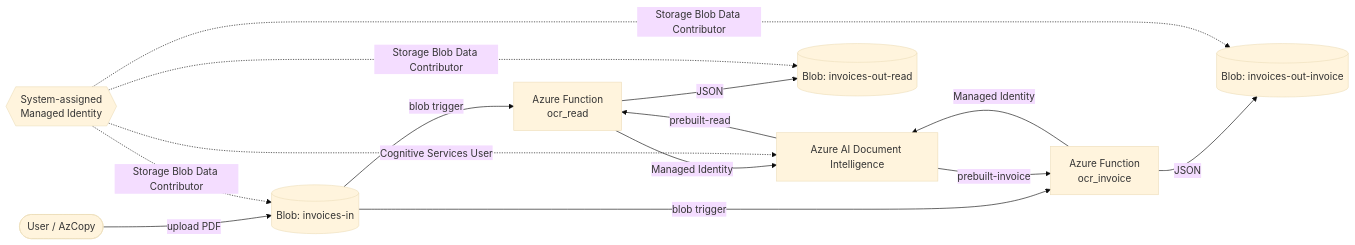
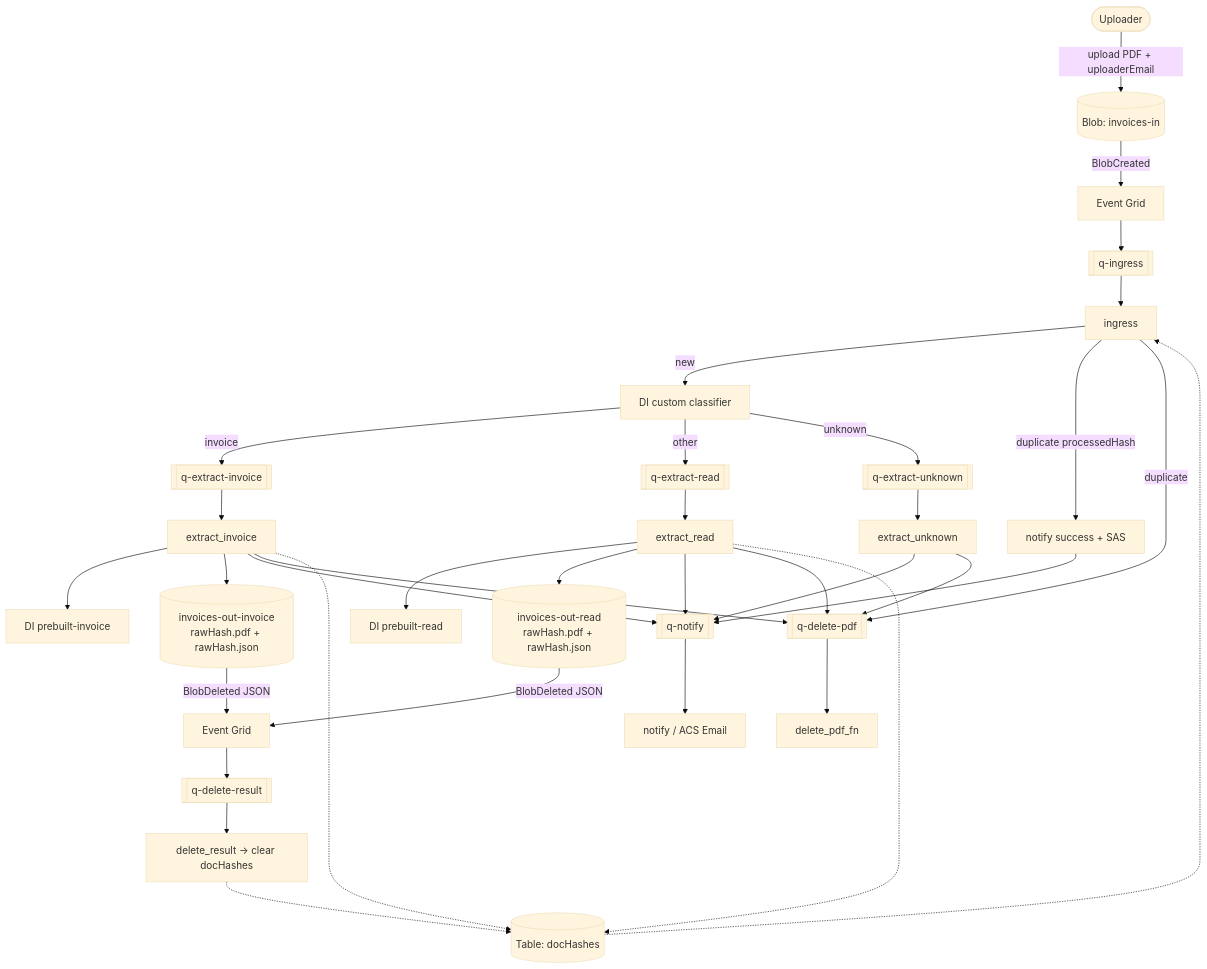
Before and after one commit to YaTut1901/rag-exercise: the diagram in README.md, drawn with Mermaid (base theme). The commit also changed other lines of this file and 28 other files, not shown here.

````diff
--- a/README.md
+++ b/README.md
@@ -16,21 +31,47 @@
 ```mermaid
-flowchart LR
-  User([User / AzCopy]) -->|upload PDF| InBlob[(Blob: invoices-in)]
+flowchart TB
+  User([Uploader]) -->|upload PDF + uploaderEmail| In[(Blob: invoices-in)]
 
-  InBlob -->|blob trigger| FRead[Azure Function<br/>ocr_read]
-  InBlob -->|blob trigger| FInv[Azure Function<br/>ocr_invoice]
+  In -->|BlobCreated| EG1[Event Grid]
+  EG1 --> Qin[[q-ingress]]
+  Qin --> Ingress[ingress]
 
-  FRead -->|Managed Identity| DI[Azure AI Document Intelligence]
-  FInv -->|Managed Identity| DI
+  Ingress -->|new| DICls[DI custom classifier]
+  Ingress -->|duplicate processedHash| NDup[notify success + SAS]
+  Ingress -->|duplicate| Qdel[[q-delete-pdf]]
 
-  DI -->|prebuilt-read| FRead
-  DI -->|prebuilt-invoice| FInv
+  DICls -->|invoice| Qinv[[q-extract-invoice]]
+  DICls -->|other| Qread[[q-extract-read]]
+  DICls -->|unknown| Qunk[[q-extract-unknown]]
 
-  FRead -->|JSON| OutRead[(Blob: invoices-out-read)]
-  FInv -->|JSON| OutInv[(Blob: invoices-out-invoice)]
+  Qinv --> ExtInv[extract_invoice]
+  Qread --> ExtRead[extract_read]
+  Qunk --> ExtUnk[extract_unknown]
 
-  MI{{System-assigned<br/>Managed Identity}} -.->|Storage Blob Data Contributor| InBlob
-  MI -.->|Storage Blob Data Contributor| OutRead
-  MI -.->|Storage Blob Data Contributor| OutInv
-  MI -.->|Cognitive Services User| DI
+  ExtInv --> DIinv[DI prebuilt-invoice]
+  ExtRead --> DIread[DI prebuilt-read]
+
+  ExtInv --> OutInv[(invoices-out-invoice<br/>rawHash.pdf + rawHash.json)]
+  ExtRead --> OutRead[(invoices-out-read<br/>rawHash.pdf + rawHash.json)]
+
+  ExtInv --> Qn[[q-notify]]
+  ExtRead --> Qn
+  ExtUnk --> Qn
+  NDup --> Qn
+  ExtInv --> Qdel
+  ExtRead --> Qdel
+  ExtUnk --> Qdel
+
+  Qn --> Notify[notify / ACS Email]
+  Qdel --> DelPdf[delete_pdf_fn]
+
+  OutInv -->|BlobDeleted JSON| EG2[Event Grid]
+  OutRead -->|BlobDeleted JSON| EG2
+  EG2 --> Qres[[q-delete-result]]
+  Qres --> DelRes[delete_result → clear docHashes]
+
+  Table[(Table: docHashes)] -.-> Ingress
+  ExtInv -.-> Table
+  ExtRead -.-> Table
+  DelRes -.-> Table
 ```
````
